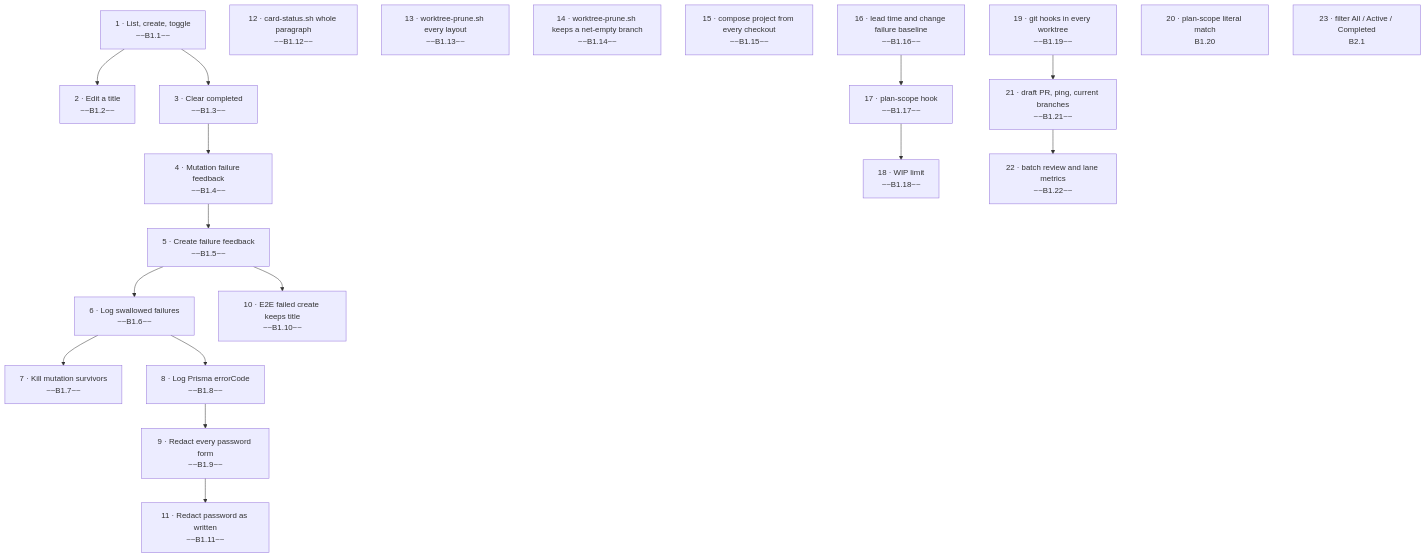
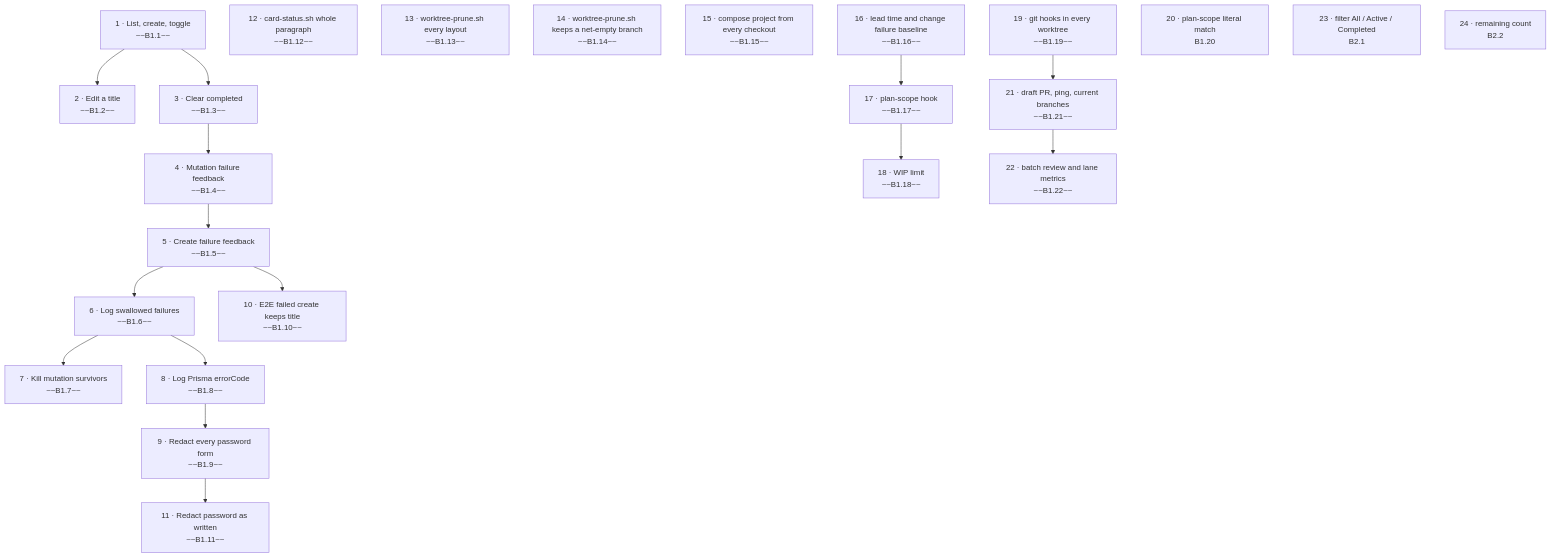
One commit to st-minhho2/level-up-lab changed the diagram in backlog/README.md. Above: the diagram before and after it, drawn with Mermaid. The commit also changed other lines of this file and 1 other file, not shown here.

Commit message:
docs(backlog): card B2.2 remaining count

````diff
--- a/backlog/README.md
+++ b/backlog/README.md
@@ -16,40 +16,41 @@
 ```mermaid
 flowchart TD
   S1["1 · List, create, toggle<br/>~~B1.1~~"]
   S2["2 · Edit a title<br/>~~B1.2~~"]
   S3["3 · Clear completed<br/>~~B1.3~~"]
   S1 --> S2
   S4["4 · Mutation failure feedback<br/>~~B1.4~~"]
   S1 --> S3
   S3 --> S4
   S5["5 · Create failure feedback<br/>~~B1.5~~"]
   S4 --> S5
   S6["6 · Log swallowed failures<br/>~~B1.6~~"]
   S5 --> S6
   S7["7 · Kill mutation survivors<br/>~~B1.7~~"]
   S6 --> S7
   S8["8 · Log Prisma errorCode<br/>~~B1.8~~"]
   S6 --> S8
   S9["9 · Redact every password form<br/>~~B1.9~~"]
   S8 --> S9
   S10["10 · E2E failed create keeps title<br/>~~B1.10~~"]
   S5 --> S10
   S11["11 · Redact password as written<br/>~~B1.11~~"]
   S9 --> S11
   S12["12 · card-status.sh whole paragraph<br/>~~B1.12~~"]
   S13["13 · worktree-prune.sh every layout<br/>~~B1.13~~"]
   S14["14 · worktree-prune.sh keeps a net-empty branch<br/>~~B1.14~~"]
   S15["15 · compose project from every checkout<br/>~~B1.15~~"]
   S16["16 · lead time and change failure baseline<br/>~~B1.16~~"]
   S17["17 · plan-scope hook<br/>~~B1.17~~"]
   S18["18 · WIP limit<br/>~~B1.18~~"]
   S19["19 · git hooks in every worktree<br/>~~B1.19~~"]
   S20["20 · plan-scope literal match<br/>B1.20"]
   S21["21 · draft PR, ping, current branches<br/>~~B1.21~~"]
   S22["22 · batch review and lane metrics<br/>~~B1.22~~"]
   S21 --> S22
   S19 --> S21
   S17 --> S18
   S16 --> S17
   S23["23 · filter All / Active / Completed<br/>B2.1"]
+  S24["24 · remaining count<br/>B2.2"]
 ```
````
